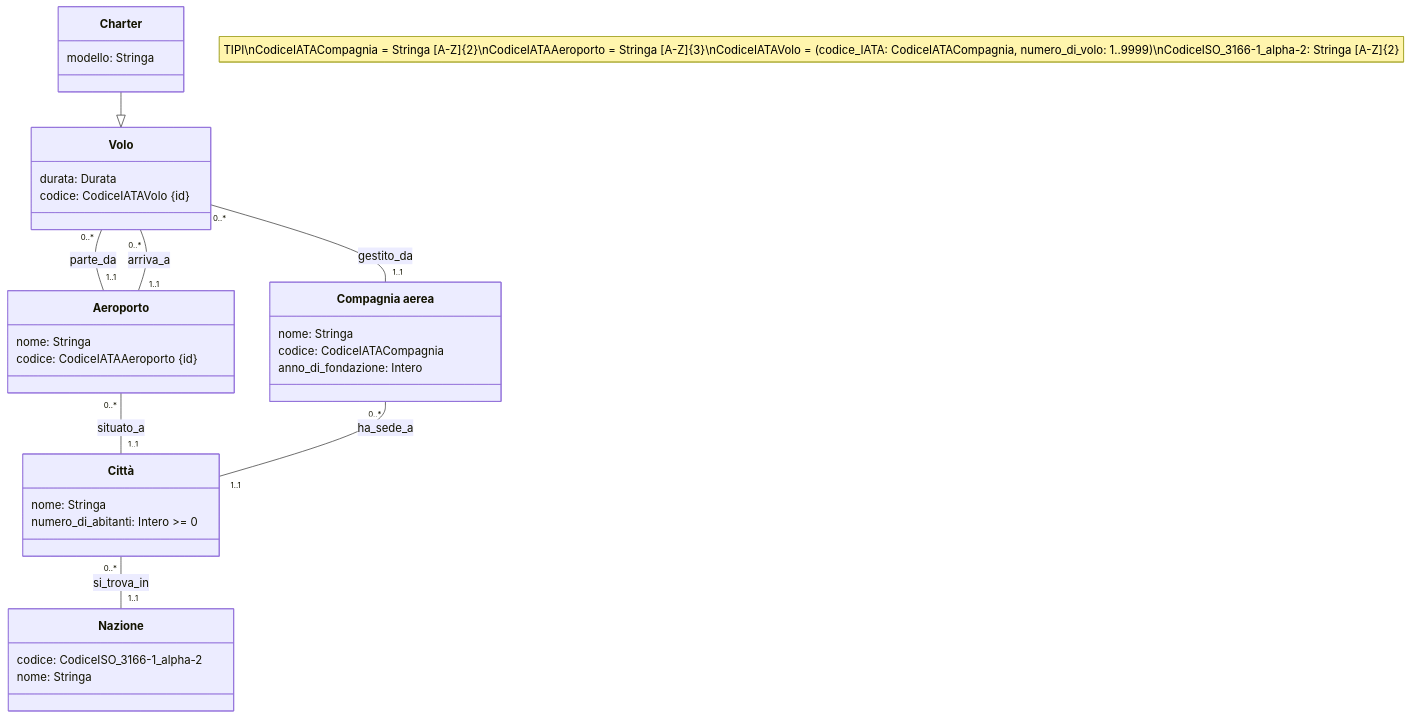
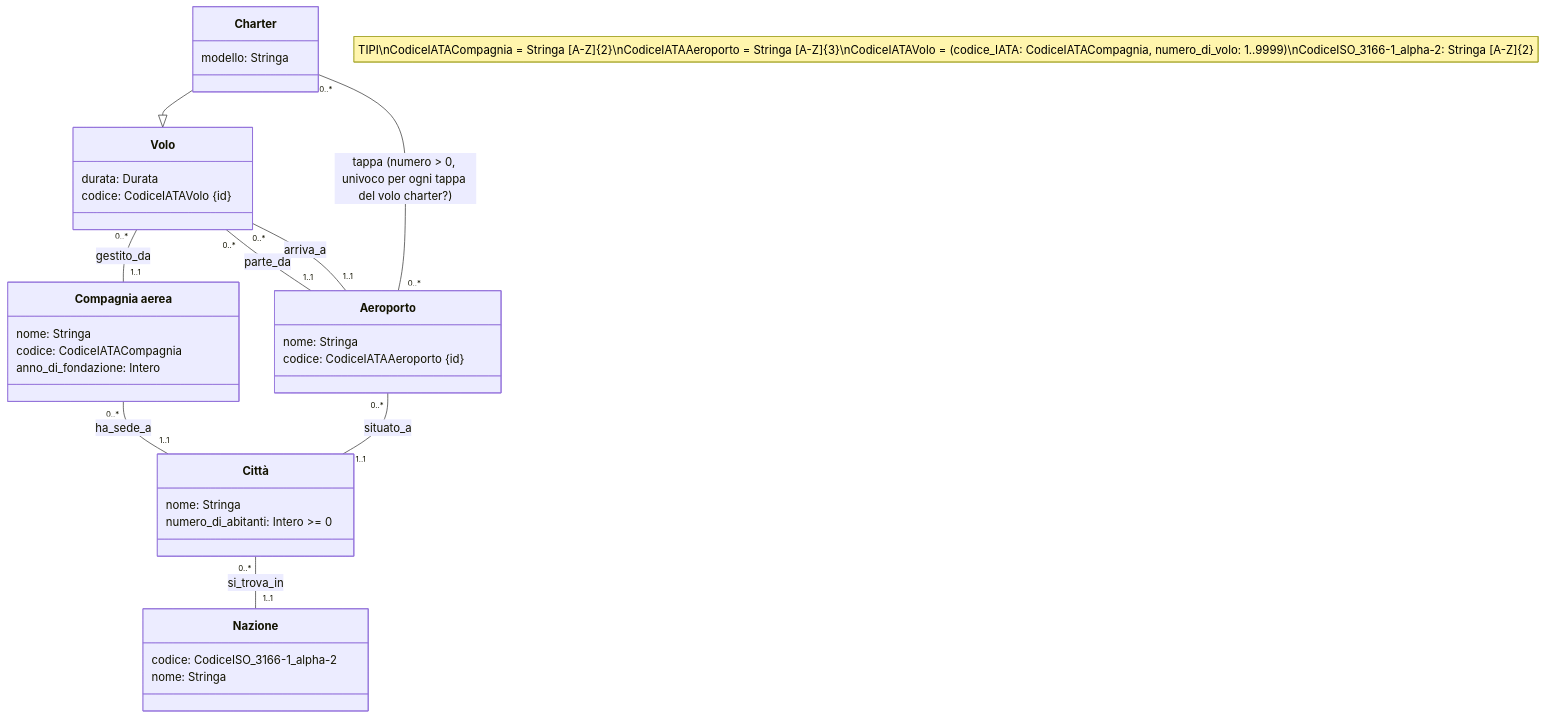
One commit to CuriousCI/university changed the diagram in book/basi-di-dati-2/voli-aerei-2.md. Above: the diagram before and after it, drawn with Mermaid.

Commit message:
projects

````diff
--- a/book/basi-di-dati-2/voli-aerei-2.md
+++ b/book/basi-di-dati-2/voli-aerei-2.md
@@ -67,44 +67,45 @@
 ```mermaid
 classDiagram
     note for Duck "TIPI\nCodiceIATACompagnia = Stringa [A-Z]{2}\nCodiceIATAAeroporto = Stringa [A-Z]{3}\nCodiceIATAVolo = (codice_IATA: CodiceIATACompagnia, numero_di_volo: 1..9999)\nCodiceISO_3166-1_alpha-2: Stringa [A-Z]{2}"
 
     class Volo {
         durata: Durata 
     }
     Volo : codice&#58 CodiceIATAVolo {id}
 
     class Charter {
         modello: Stringa
     }
 
     class Aeroporto {
         nome: Stringa
     } 
     Aeroporto : codice&#58 CodiceIATAAeroporto {id}
 
     class Compagnia {
         nome: Stringa
         codice: CodiceIATACompagnia 
         anno_di_fondazione: Intero
     }
     class Compagnia["Compagnia aerea"]
 
     class Citta {
         nome: Stringa
         numero_di_abitanti: Intero >= 0
     }
     class Citta["Città"]
 
     class Nazione {
         codice: CodiceISO_3166-1_alpha-2 
         nome: Stringa
     }
 
     Volo "0..*" -- "1..1" Compagnia : gestito_da
     Volo "0..*" -- "1..1" Aeroporto : parte_da
     Volo "0..*" -- "1..1" Aeroporto : arriva_a 
     Aeroporto "0..*" -- "1..1" Citta : situato_a
     Citta "0..*" -- "1..1" Nazione : si_trova_in
     Compagnia "0..*" -- "1..1" Citta : ha_sede_a 
     Charter --|> Volo
+    Charter "0..*" -- "0..*" Aeroporto : tappa (numero > 0, univoco per ogni tappa del volo charter?)
 ```
````
